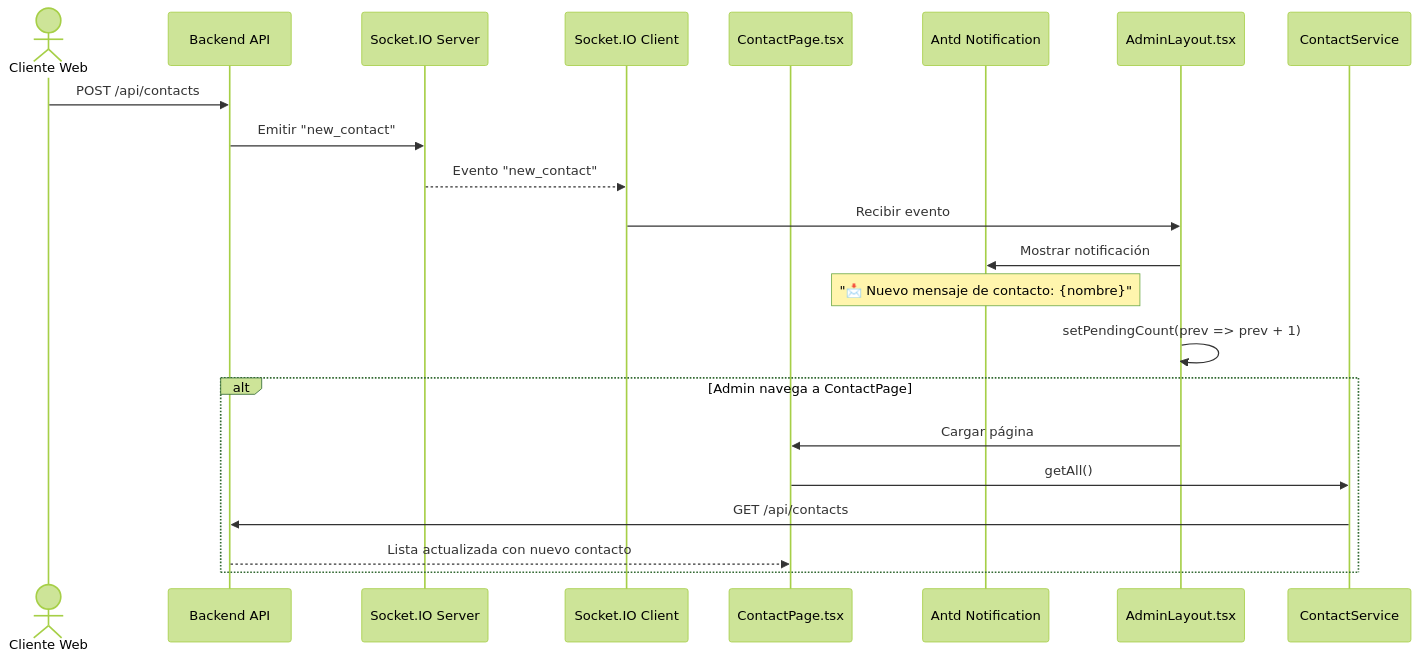
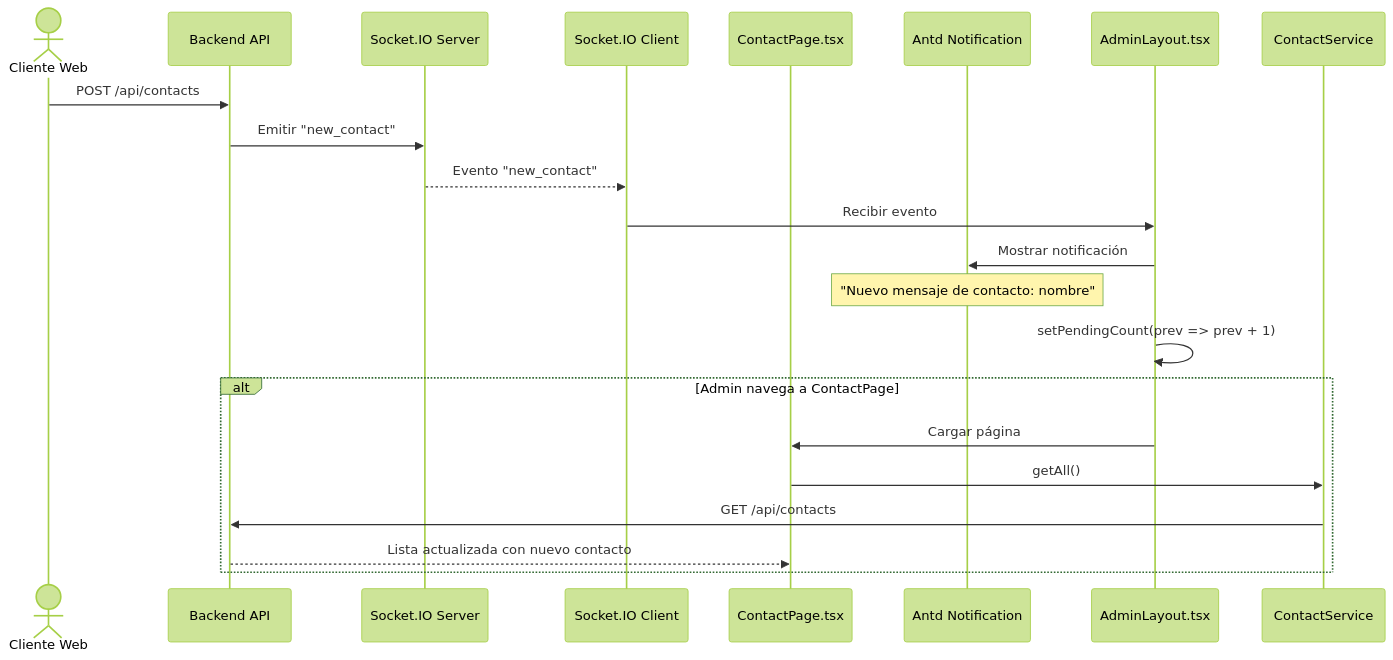
One commit to sergio9806/documentacion changed the fifth of 9 diagrams in 03_Diagramas/diagramas_casos_uso_front-admin-parritico/07_Gestion_Contactos.md. Above: the diagram before and after it, drawn with Mermaid (forest theme). The commit also changed 1 other file, not shown here.

````diff
--- a/03_Diagramas/diagramas_casos_uso_front-admin-parritico/07_Gestion_Contactos.md
+++ b/03_Diagramas/diagramas_casos_uso_front-admin-parritico/07_Gestion_Contactos.md
@@ -96,27 +96,27 @@
 ```mermaid
 sequenceDiagram
     actor Cliente as Cliente Web
     participant Backend as Backend API
     participant Socket as Socket.IO Server
     participant SocketClient as Socket.IO Client
     participant ContactPage as ContactPage.tsx
     participant Notification as Antd Notification
     participant AdminLayout as AdminLayout.tsx
     
     Cliente->>Backend: POST /api/contacts
     Backend->>Socket: Emitir "new_contact"
     Socket-->>SocketClient: Evento "new_contact"
     
     SocketClient->>AdminLayout: Recibir evento
     AdminLayout->>Notification: Mostrar notificación
-    Note over Notification: "📩 Nuevo mensaje de contacto: {nombre}"
+    Note over Notification: "Nuevo mensaje de contacto: nombre"
     
     AdminLayout->>AdminLayout: setPendingCount(prev => prev + 1)
     
     alt Admin navega a ContactPage
         AdminLayout->>ContactPage: Cargar página
         ContactPage->>ContactService: getAll()
         ContactService->>Backend: GET /api/contacts
         Backend-->>ContactPage: Lista actualizada con nuevo contacto
     end
 ```
````
